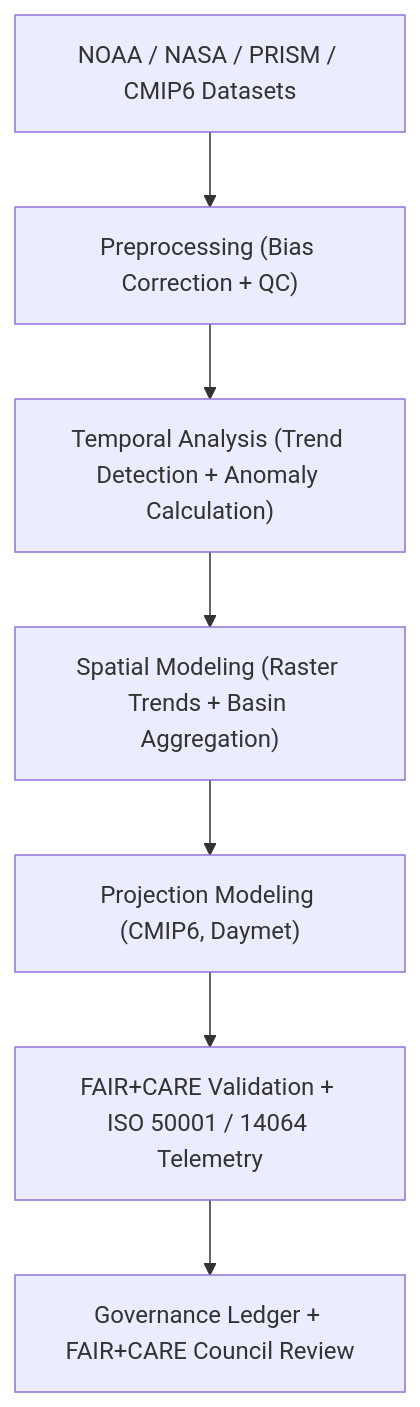
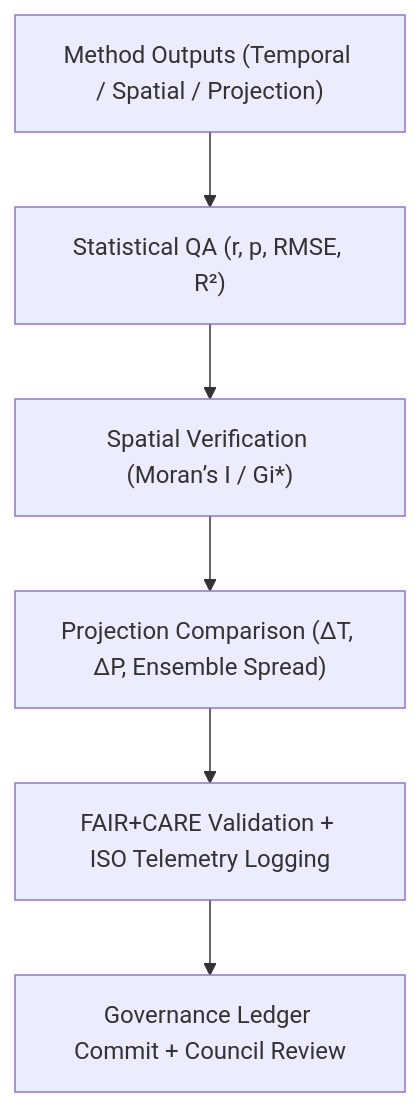
Before and after one commit to bartytime4life/Kansas-Frontier-Matrix: the diagram in docs/analyses/climatology/README.md, drawn with Mermaid. The commit also changed other lines of this file, not shown here.

````diff
--- a/docs/analyses/climatology/README.md
+++ b/docs/analyses/climatology/README.md
@@ -76,9 +63,8 @@
 ```mermaid
 flowchart TD
-  A["NOAA / NASA / PRISM / CMIP6 Datasets"] --> B["Preprocessing (Bias Correction + QC)"]
-  B --> C["Temporal Analysis (Trend Detection + Anomaly Calculation)"]
-  C --> D["Spatial Modeling (Raster Trends + Basin Aggregation)"]
-  D --> E["Projection Modeling (CMIP6, Daymet)"]
-  E --> F["FAIR+CARE Validation + ISO 50001 / 14064 Telemetry"]
-  F --> G["Governance Ledger + FAIR+CARE Council Review"]
+  A["Method Outputs (Temporal / Spatial / Projection)"] --> B["Statistical QA (r, p, RMSE, R²)"]
+  B --> C["Spatial Verification (Moran’s I / Gi*)"]
+  C --> D["Projection Comparison (ΔT, ΔP, Ensemble Spread)"]
+  D --> E["FAIR+CARE Validation + ISO Telemetry Logging"]
+  E --> F["Governance Ledger Commit + Council Review"]
 ```
````
